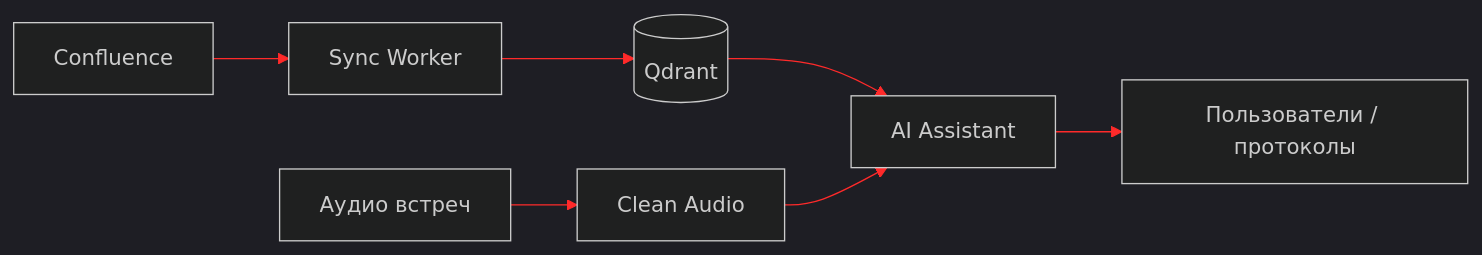
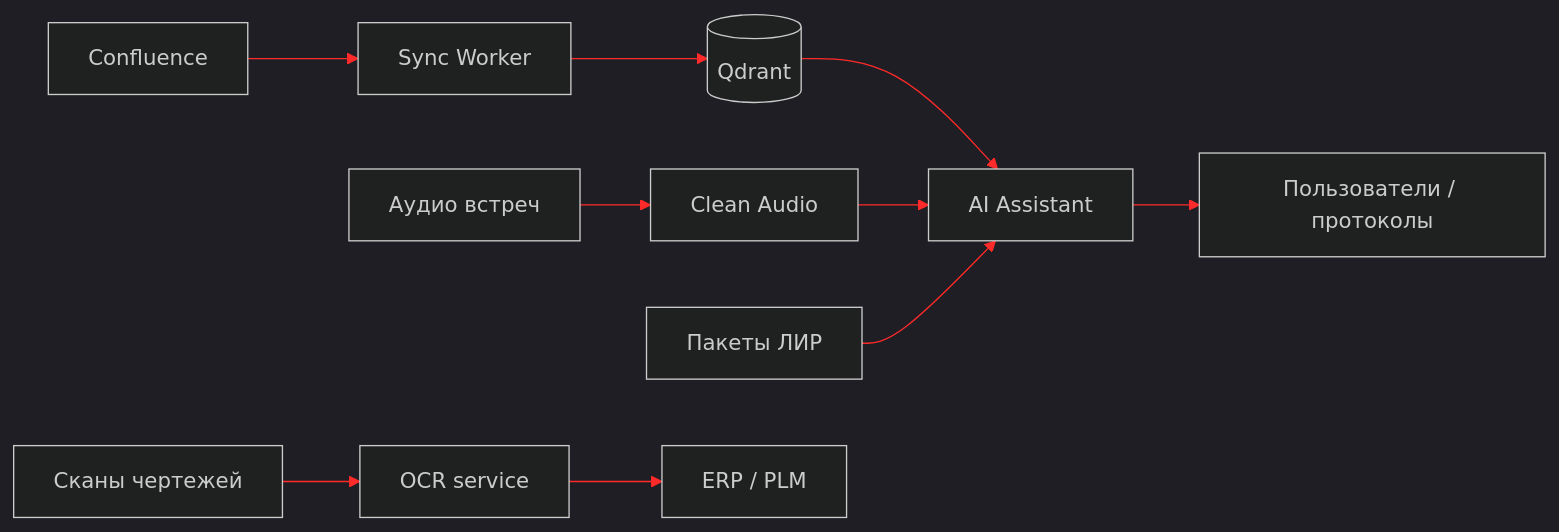
One commit to artyom-ai-dev/artyom-ai-dev changed the diagram in README.md. Above: the diagram before and after it, drawn with Mermaid. The commit also changed other lines of this file, not shown here.

First line of the commit message:
Актуализировать профиль: OCR, data-agent, lir-package, новые кейсы

````diff
--- a/README.md
+++ b/README.md
@@ -107,10 +108,13 @@
 ```mermaid
 %%{init: {'theme': 'dark', 'themeVariables': { 'primaryColor': '#2a0000', 'primaryTextColor': '#ffd0d0', 'primaryBorderColor': '#ff2a2a', 'lineColor': '#ff2a2a', 'secondaryColor': '#140000', 'tertiaryColor': '#000000'}}}%%
 flowchart LR
   CF[Confluence] --> W[Sync Worker]
   W --> Q[(Qdrant)]
   Q --> AI[AI Assistant]
   MIC[Аудио встреч] --> CA[Clean Audio]
   CA --> AI
+  LIR[Пакеты ЛИР] --> AI
   AI --> U[Пользователи / протоколы]
+  PDF[Сканы чертежей] --> OCR[OCR service]
+  OCR --> ERP[ERP / PLM]
 ```
````
